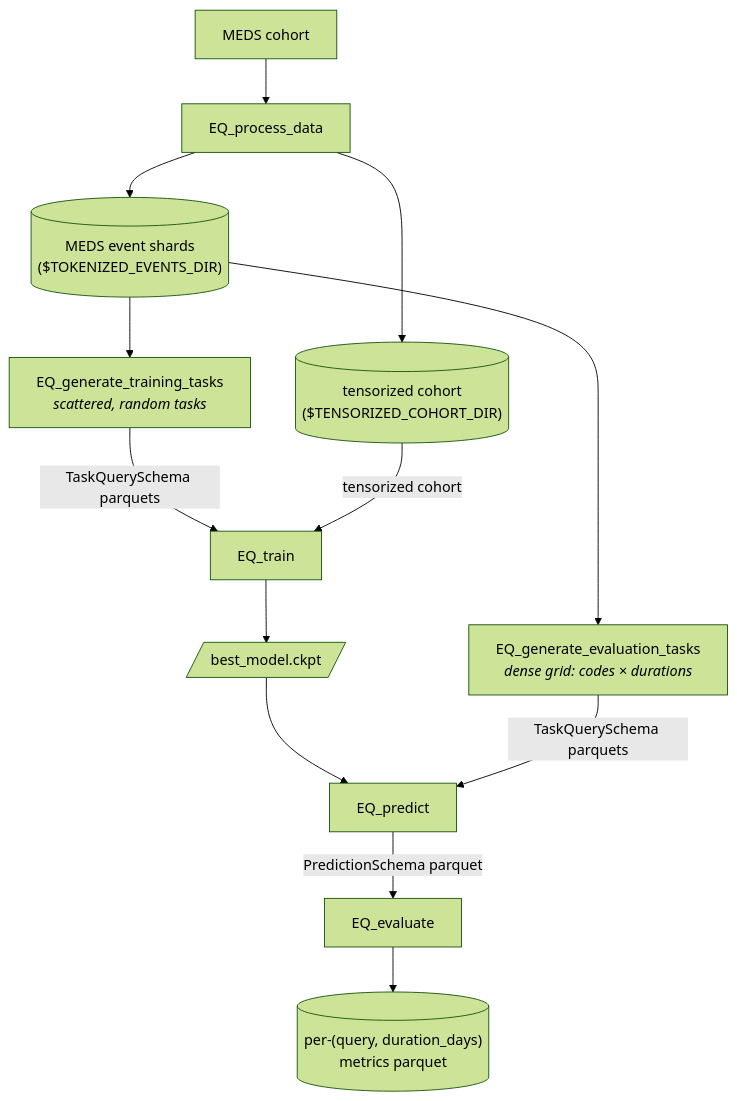
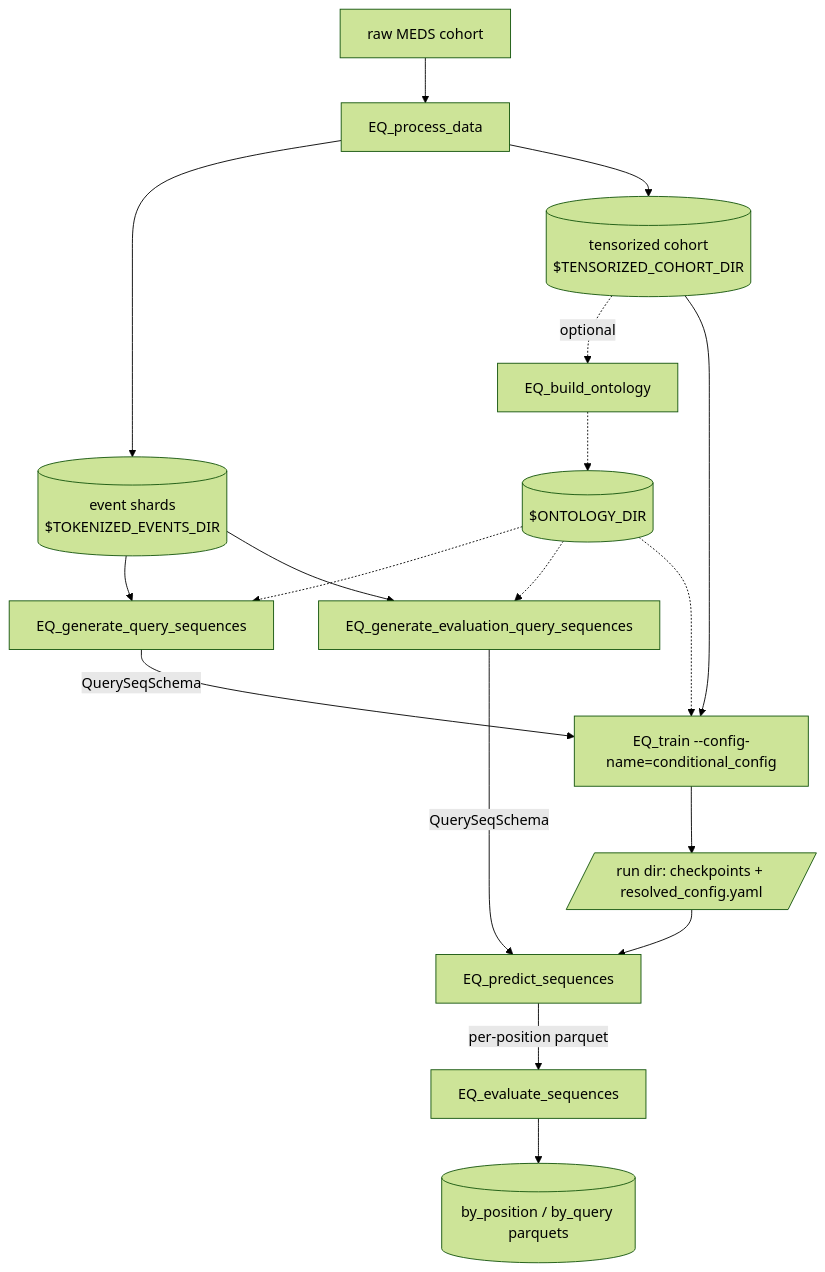
The first of 2 diagrams in README.md (mmcdermott/EveryQuery-conditional), drawn with Mermaid (forest theme) before and after one commit. The commit also changed other lines of this file and 1 other file, not shown here.

First line of the commit message:
Rewrite README around the conditional query-sequence pipeline

````diff
--- a/README.md
+++ b/README.md
@@ -96,19 +49,23 @@
 ```mermaid
 flowchart TD
-    meds[MEDS cohort] --> process[EQ_process_data]
-    process --> intermediate[("MEDS event shards<br/>($TOKENIZED_EVENTS_DIR)")]
-    process --> cohort[("tensorized cohort<br/>($TENSORIZED_COHORT_DIR)")]
+    meds[raw MEDS cohort] --> process[EQ_process_data]
+    process --> events[("event shards<br/>$TOKENIZED_EVENTS_DIR")]
+    process --> cohort[("tensorized cohort<br/>$TENSORIZED_COHORT_DIR")]
+    cohort -. optional .-> onto[EQ_build_ontology]
+    onto -.-> ontodir[("$ONTOLOGY_DIR")]
 
-    intermediate --> train_tasks[EQ_generate_training_tasks<br/><i>scattered, random tasks</i>]
-    intermediate --> eval_tasks[EQ_generate_evaluation_tasks<br/><i>dense grid: codes × durations</i>]
+    events --> gen[EQ_generate_query_sequences]
+    events --> geneval[EQ_generate_evaluation_query_sequences]
+    ontodir -.-> gen
+    ontodir -.-> geneval
 
-    train_tasks -- TaskQuerySchema parquets --> train[EQ_train]
-    cohort -- tensorized cohort --> train
-    train --> ckpt[/best_model.ckpt/]
+    gen -- QuerySeqSchema --> train["EQ_train --config-name=conditional_config"]
+    cohort --> train
+    ontodir -.-> train
+    train --> ckpt[/run dir: checkpoints + resolved_config.yaml/]
 
-    ckpt --> predict[EQ_predict]
-    eval_tasks -- TaskQuerySchema parquets --> predict
-
-    predict -- PredictionSchema parquet --> evaluate[EQ_evaluate]
-    evaluate --> metrics[("per-(query, duration_days)<br/>metrics parquet")]
+    ckpt --> predict[EQ_predict_sequences]
+    geneval -- QuerySeqSchema --> predict
+    predict -- per-position parquet --> evaluate[EQ_evaluate_sequences]
+    evaluate --> metrics[("by_position / by_query parquets")]
 ```
````
